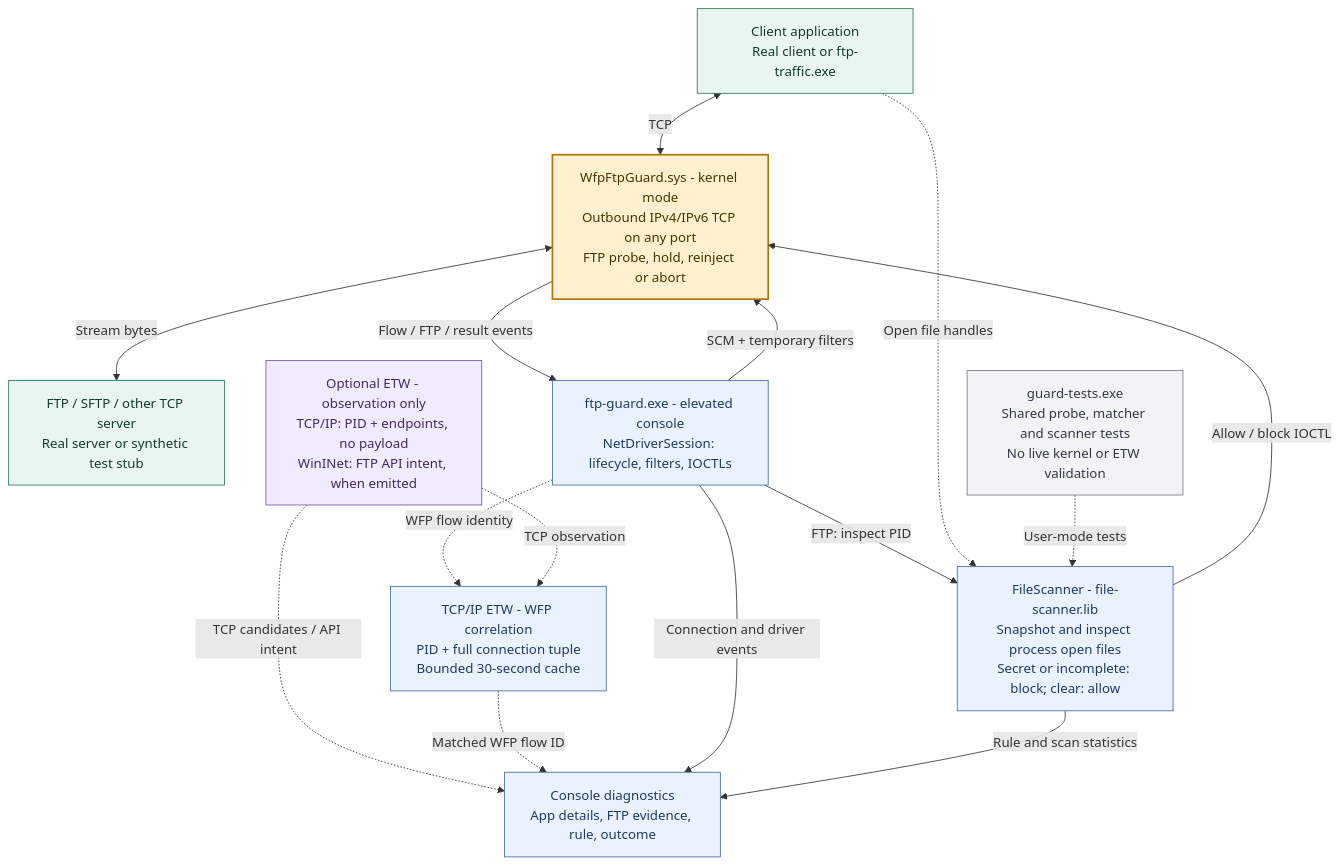
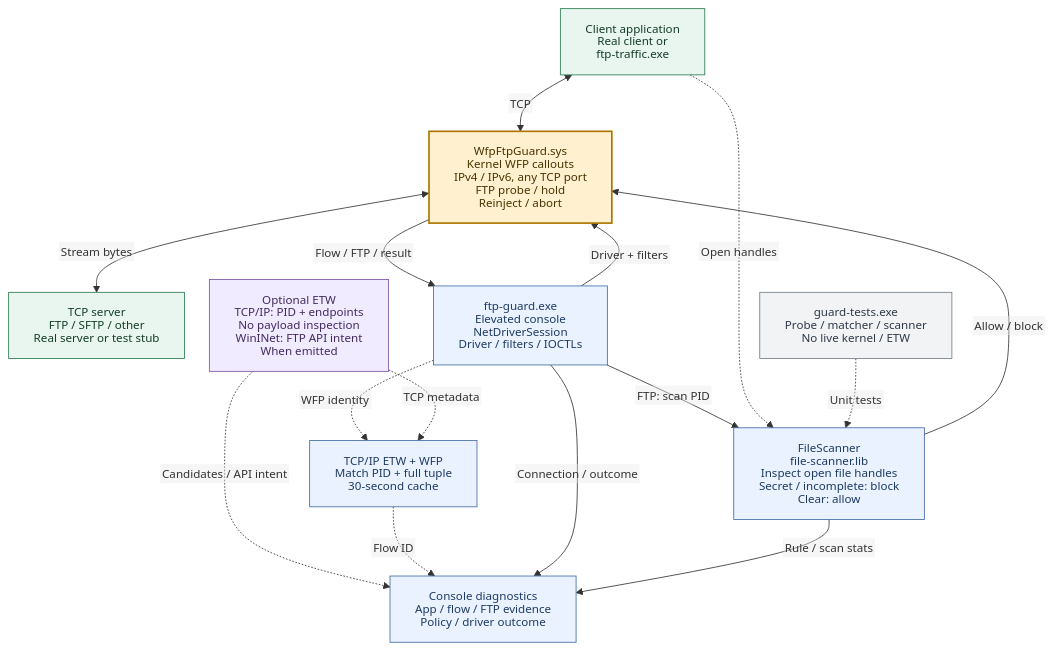
The diagram in README.md (cdunarea/cloudsec-wfp-ftp-guard-poc), drawn with Mermaid before and after one commit.

Commit message:
flowchart

````diff
--- a/README.md
+++ b/README.md
@@ -19,38 +19,50 @@
 ```mermaid
+---
+config:
+  htmlLabels: false
+  fontFamily: Arial, sans-serif
+  themeVariables:
+    fontSize: 14px
+  flowchart:
+    htmlLabels: false
+    useMaxWidth: true
+    nodeSpacing: 30
+    rankSpacing: 45
+---
 flowchart TB
-    App["Client application<br/>Real client or ftp-traffic.exe"]
-    Driver["WfpFtpGuard.sys - kernel mode<br/>Outbound IPv4/IPv6 TCP on any port<br/>FTP probe, hold, reinject or abort"]
-    Peer["FTP / SFTP / other TCP server<br/>Real server or synthetic test stub"]
-    Console["ftp-guard.exe - elevated console<br/>NetDriverSession: lifecycle, filters, IOCTLs"]
-    Scan["FileScanner - file-scanner.lib<br/>Snapshot and inspect process open files<br/>Secret or incomplete: block; clear: allow"]
-    ETW["Optional ETW - observation only<br/>TCP/IP: PID + endpoints, no payload<br/>WinINet: FTP API intent, when emitted"]
-    Join["TCP/IP ETW - WFP correlation<br/>PID + full connection tuple<br/>Bounded 30-second cache"]
-    Log["Console diagnostics<br/>App details, FTP evidence, rule, outcome"]
-    Tests["guard-tests.exe<br/>Shared probe, matcher and scanner tests<br/>No live kernel or ETW validation"]
+    App["Client application<br/>Real client or<br/>ftp-traffic.exe"]
+    Driver["WfpFtpGuard.sys<br/>Kernel WFP callouts<br/>IPv4 / IPv6, any TCP port<br/>FTP probe / hold<br/>Reinject / abort"]
+    Peer["TCP server<br/>FTP / SFTP / other<br/>Real server or test stub"]
+    Console["ftp-guard.exe<br/>Elevated console<br/>NetDriverSession<br/>Driver / filters / IOCTLs"]
+    Scan["FileScanner<br/>file-scanner.lib<br/>Inspect open file handles<br/>Secret / incomplete: block<br/>Clear: allow"]
+    ETW["Optional ETW<br/>TCP/IP: PID + endpoints<br/>No payload inspection<br/>WinINet: FTP API intent<br/>When emitted"]
+    Join["TCP/IP ETW + WFP<br/>Match PID + full tuple<br/>30-second cache"]
+    Log["Console diagnostics<br/>App / flow / FTP evidence<br/>Policy / driver outcome"]
+    Tests["guard-tests.exe<br/>Probe / matcher / scanner<br/>No live kernel / ETW"]
 
     App <-->|"TCP"| Driver
     Driver <-->|"Stream bytes"| Peer
-    Driver -->|"Flow / FTP / result events"| Console
-    Console -->|"SCM + temporary filters"| Driver
-    Console -->|"FTP: inspect PID"| Scan
-    App -. "Open file handles" .-> Scan
-    Scan -->|"Allow / block IOCTL"| Driver
-    Console -. "WFP flow identity" .-> Join
-    ETW -. "TCP observation" .-> Join
-    ETW -. "TCP candidates / API intent" .-> Log
-    Join -. "Matched WFP flow ID" .-> Log
-    Console -->|"Connection and driver events"| Log
-    Scan -->|"Rule and scan statistics"| Log
-    Tests -. "User-mode tests" .-> Scan
+    Driver -->|"Flow / FTP / result"| Console
+    Console -->|"Driver + filters"| Driver
+    Console -->|"FTP: scan PID"| Scan
+    App -. "Open handles" .-> Scan
+    Scan -->|"Allow / block"| Driver
+    Console -. "WFP identity" .-> Join
+    ETW -. "TCP metadata" .-> Join
+    ETW -. "Candidates / API intent" .-> Log
+    Join -. "Flow ID" .-> Log
+    Console -->|"Connection / outcome"| Log
+    Scan -->|"Rule / scan stats"| Log
+    Tests -. "Unit tests" .-> Scan
 
     classDef traffic fill:#e9f6ef,stroke:#287a50,color:#163d29;
     classDef kernel fill:#fff1cf,stroke:#ad7500,color:#493300,stroke-width:2px;
     classDef console fill:#eaf2ff,stroke:#416ba5,color:#203b63;
     classDef telemetry fill:#f1ebff,stroke:#7953a4,color:#432b60;
     classDef tests fill:#f1f3f5,stroke:#747d88,color:#303a46;
     class App,Peer traffic;
     class Driver kernel;
     class Console,Scan,Join,Log console;
     class ETW telemetry;
     class Tests tests;
 ```
````
